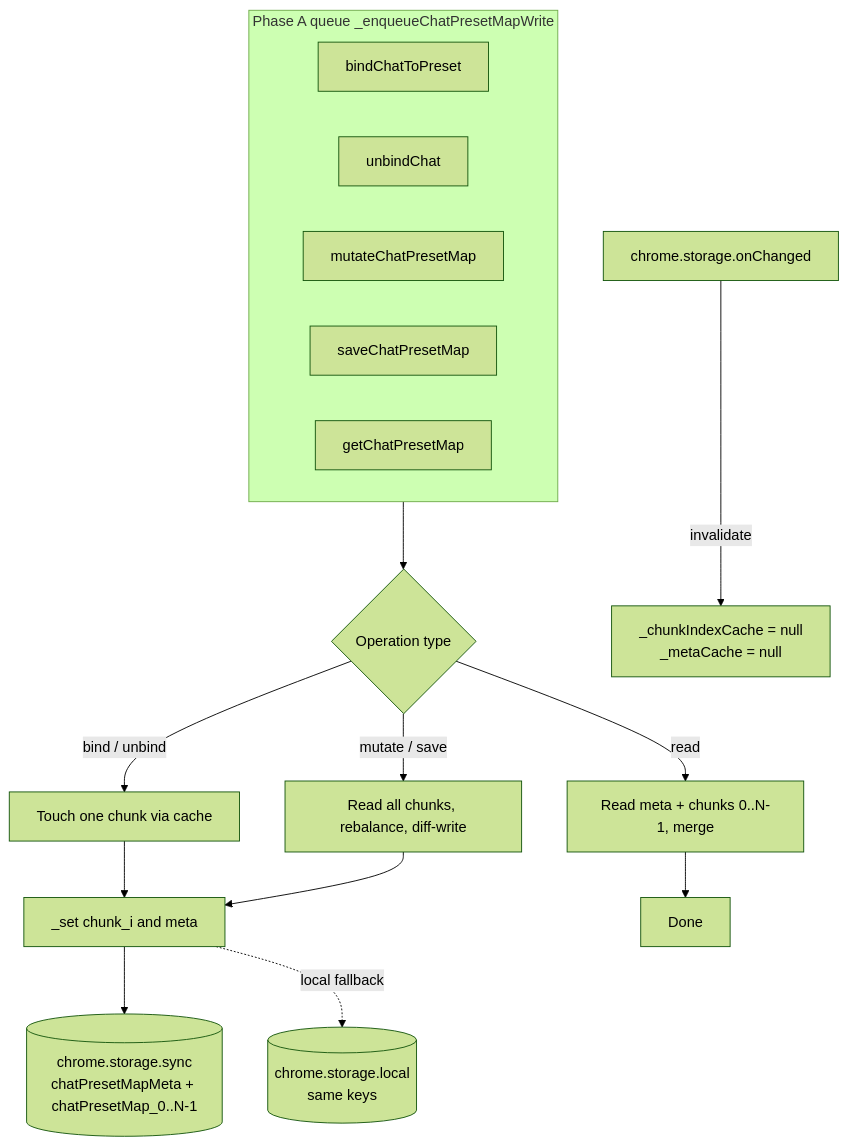
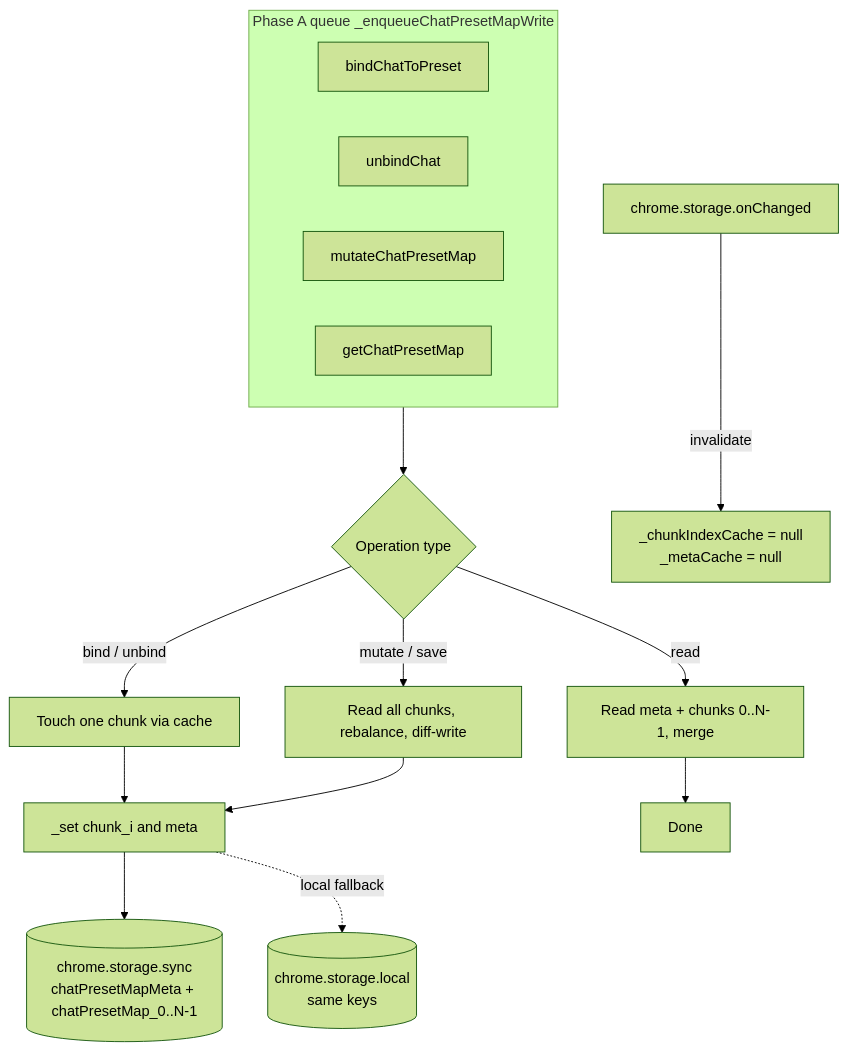
Before and after one commit to sov1n14/ds-studio: the first of 2 diagrams in docs/architecture/STORAGE.md, drawn with Mermaid (forest theme). The commit also changed other lines of this file and 10 other files, not shown here.

````diff
--- a/docs/architecture/STORAGE.md
+++ b/docs/architecture/STORAGE.md
@@ -117,24 +121,23 @@
 ```mermaid
 flowchart TB
     subgraph queue [Phase A queue _enqueueChatPresetMapWrite]
         Op1[bindChatToPreset]
         Op2[unbindChat]
         Op3[mutateChatPresetMap]
-        Op4[saveChatPresetMap]
-        Op5[getChatPresetMap]
+        Op4[getChatPresetMap]
     end
 
     queue --> Logic{Operation type}
     Logic -->|bind / unbind| Single[Touch one chunk via cache]
     Logic -->|mutate / save| Multi[Read all chunks, rebalance, diff-write]
     Logic -->|read| Read[Read meta + chunks 0..N-1, merge]
 
     Single --> Set[_set chunk_i and meta]
     Multi --> Set
     Read --> Done
 
     Set --> Storage[(chrome.storage.sync<br/>chatPresetMapMeta + chatPresetMap_0..N-1)]
     Set -.local fallback.-> StorageLocal[(chrome.storage.local<br/>same keys)]
 
     OC[chrome.storage.onChanged] -->|invalidate| CacheInv[_chunkIndexCache = null<br/>_metaCache = null]
 ```
````
